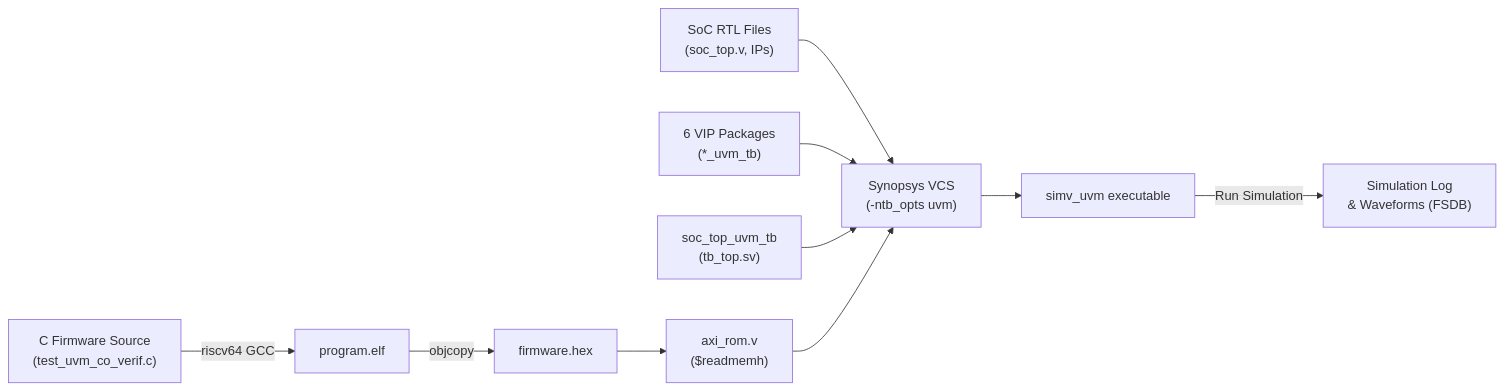
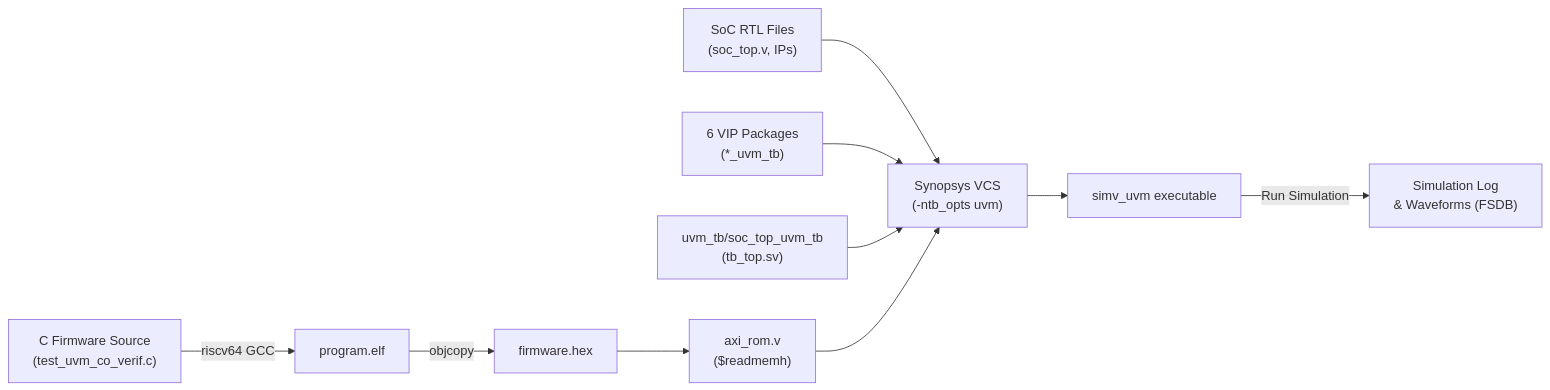
The third of 3 diagrams in docs/arch/18_uvm_c_co_verification_execution_plan.md (SpoonySneeze/honour_soc), drawn with Mermaid before and after one commit. The commit also changed other lines of this file and 84 other files, not shown here.

````diff
--- a/docs/arch/18_uvm_c_co_verification_execution_plan.md
+++ b/docs/arch/18_uvm_c_co_verification_execution_plan.md
@@ -386,15 +386,15 @@
 ```mermaid
 flowchart LR
     FW_SRC["C Firmware Source\n(test_uvm_co_verif.c)"] -->|riscv64 GCC| ELF["program.elf"]
     ELF -->|objcopy| HEX["firmware.hex"]
 
     HEX --> AXI_ROM["axi_rom.v\n($readmemh)"]
 
     RTL_SRC["SoC RTL Files\n(soc_top.v, IPs)"] --> VCS["Synopsys VCS\n(-ntb_opts uvm)"]
     VIP_SRC["6 VIP Packages\n(*_uvm_tb)"] --> VCS
-    TOP_SRC["soc_top_uvm_tb\n(tb_top.sv)"] --> VCS
+    TOP_SRC["uvm_tb/soc_top_uvm_tb\n(tb_top.sv)"] --> VCS
     AXI_ROM --> VCS
 
     VCS --> SIMV["simv_uvm executable"]
     SIMV -->|Run Simulation| LOG["Simulation Log\n& Waveforms (FSDB)"]
 ```
````
